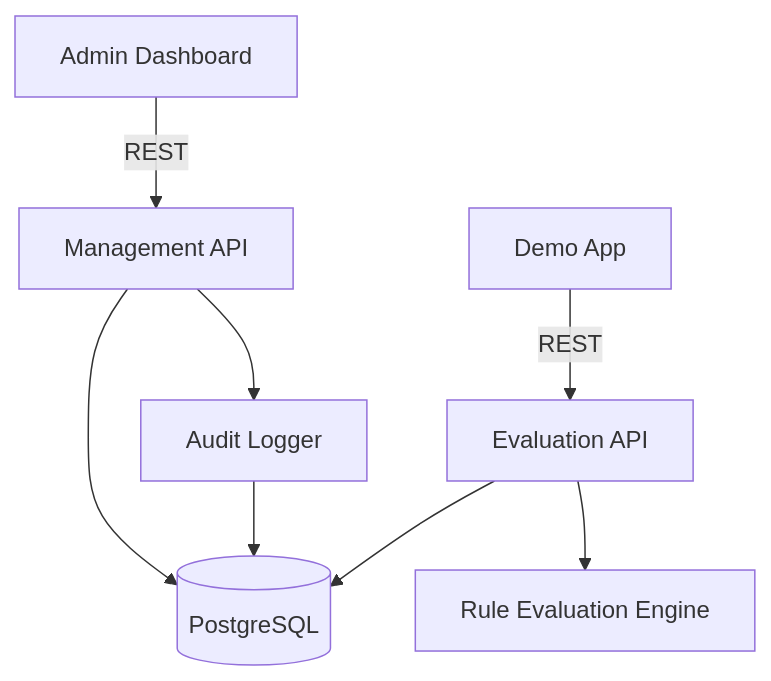
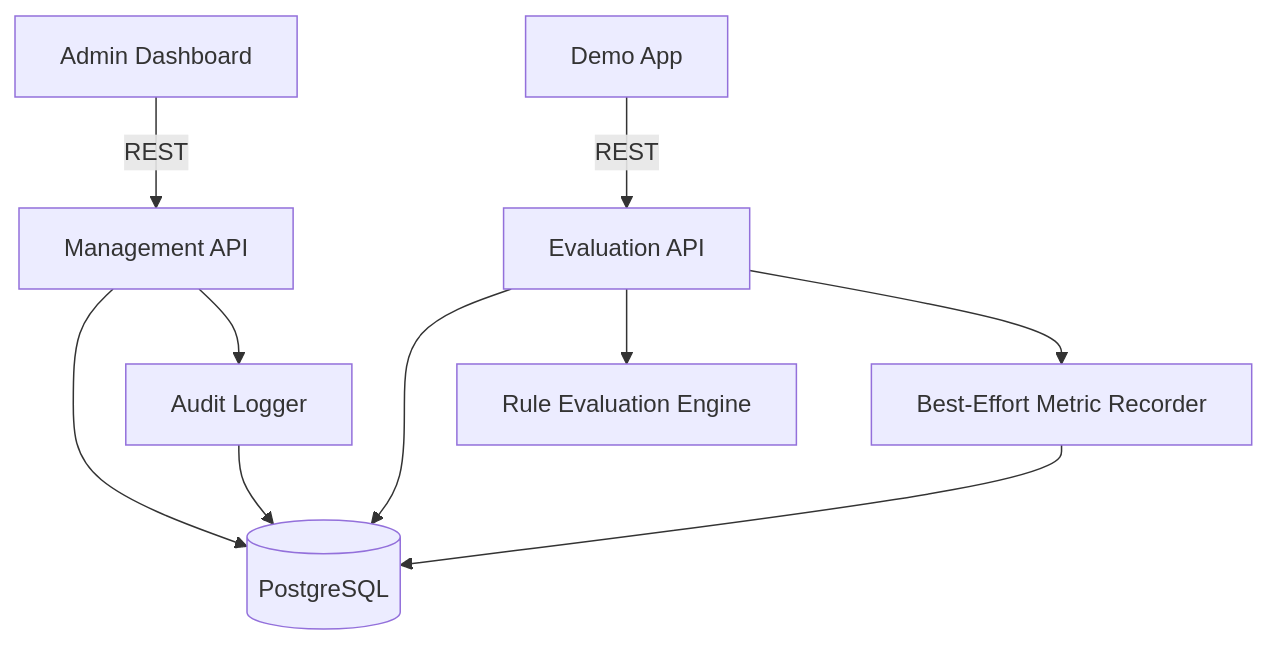
One commit to fabyanbui/feature-flag-platform changed the first of 5 diagrams in docs/design/software-architecture-document.md. Above: the diagram before and after it, drawn with Mermaid. The commit also changed other lines of this file and 8 other files, not shown here.

````diff
--- a/docs/design/software-architecture-document.md
+++ b/docs/design/software-architecture-document.md
@@ -100,10 +103,12 @@
 ```mermaid
 graph TD
   A[Admin Dashboard] -->|REST| B[Management API]
   C[Demo App] -->|REST| D[Evaluation API]
   B --> E[(PostgreSQL)]
   D --> E
   B --> F[Audit Logger]
   D --> G[Rule Evaluation Engine]
+  D --> H[Best-Effort Metric Recorder]
   F --> E
+  H --> E
 ```
````
